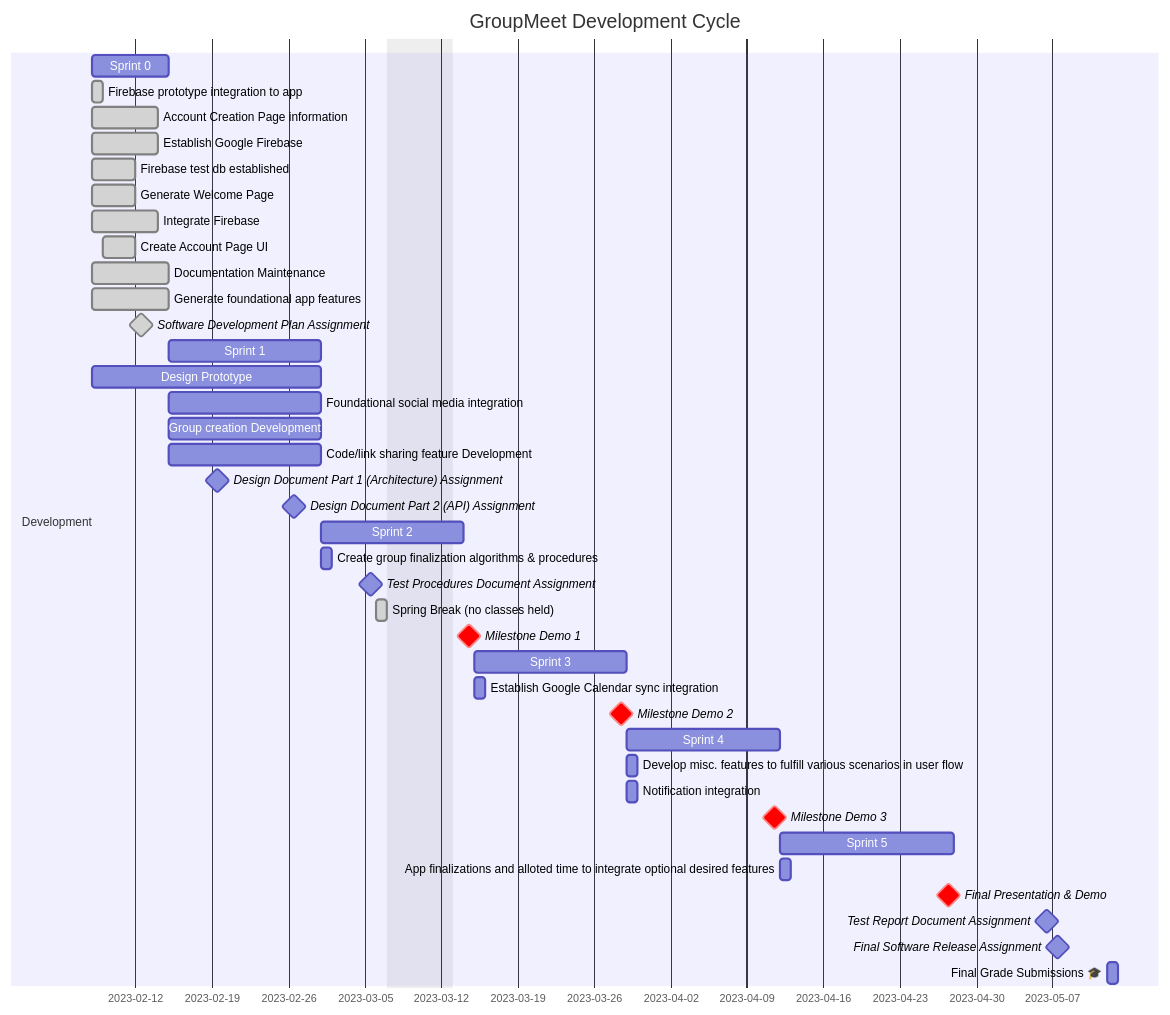
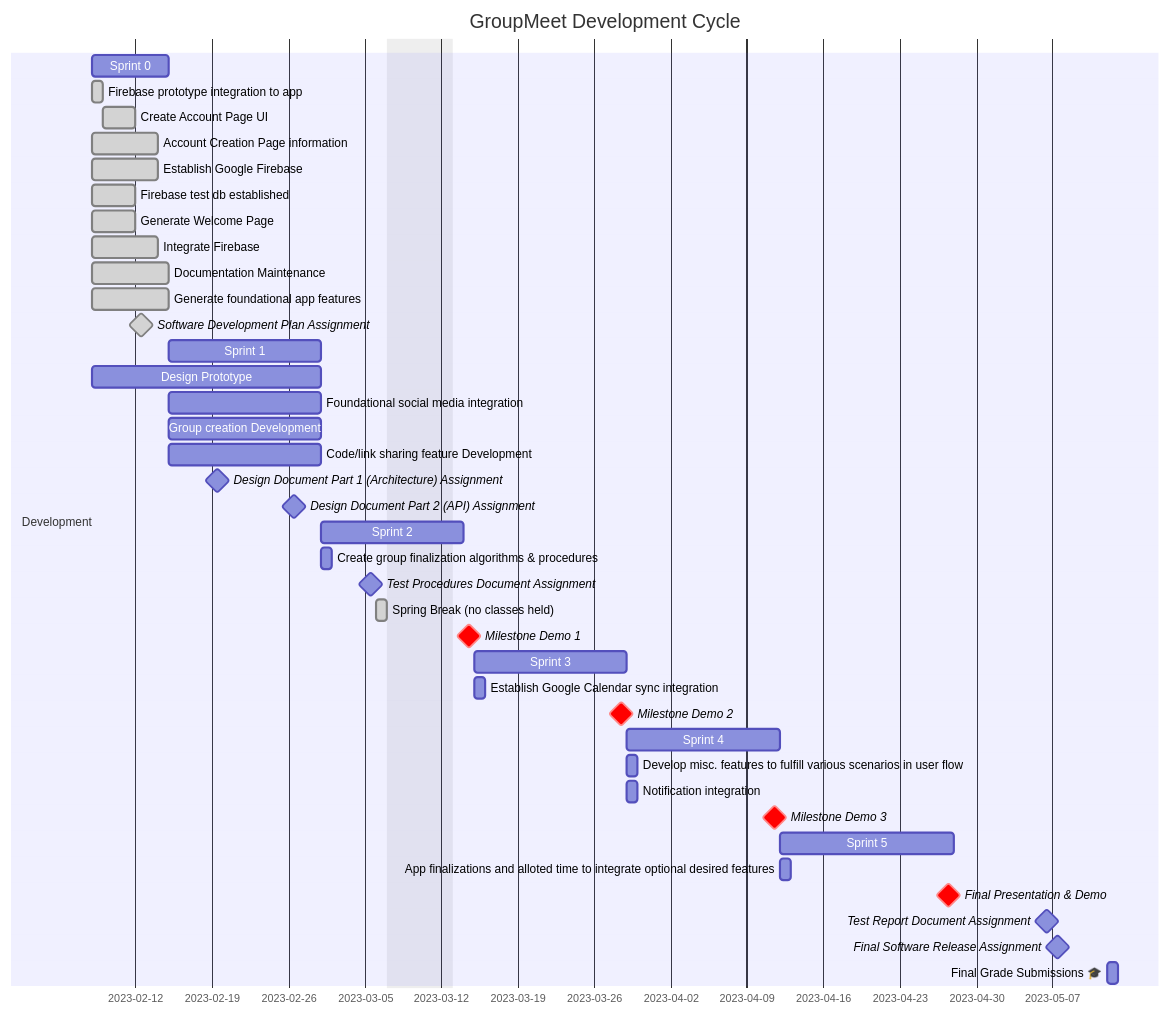
One commit to Capstone-Projects-2023-Spring/project-groupmeet changed the diagram in documentation/docs/development-plan/schedule.md. Above: the diagram before and after it, drawn with Mermaid. The commit also changed other lines of this file, not shown here.

```diff
--- a/documentation/docs/development-plan/schedule.md
+++ b/documentation/docs/development-plan/schedule.md
@@ -14,6 +14,8 @@
         section Development 
          Firebase prototype integration to app:  done, 2023-02-08, 1d
         section Development 
+         Create Account Page UI:  done, 2023-02-09, 3d
+        section Development 
          Account Creation Page information:  done, 2023-02-08, 6d
         section Development 
          Establish Google Firebase:  done, 2023-02-08, 6d
@@ -23,8 +25,6 @@
          Generate Welcome Page:  done, 2023-02-08, 4d
         section Development 
          Integrate Firebase:  done, 2023-02-08, 6d
-        section Development 
-         Create Account Page UI:  done, 2023-02-09, 3d
         section Development 
          Documentation Maintenance:  done, 2023-02-08, 1w
         section Development 
```
